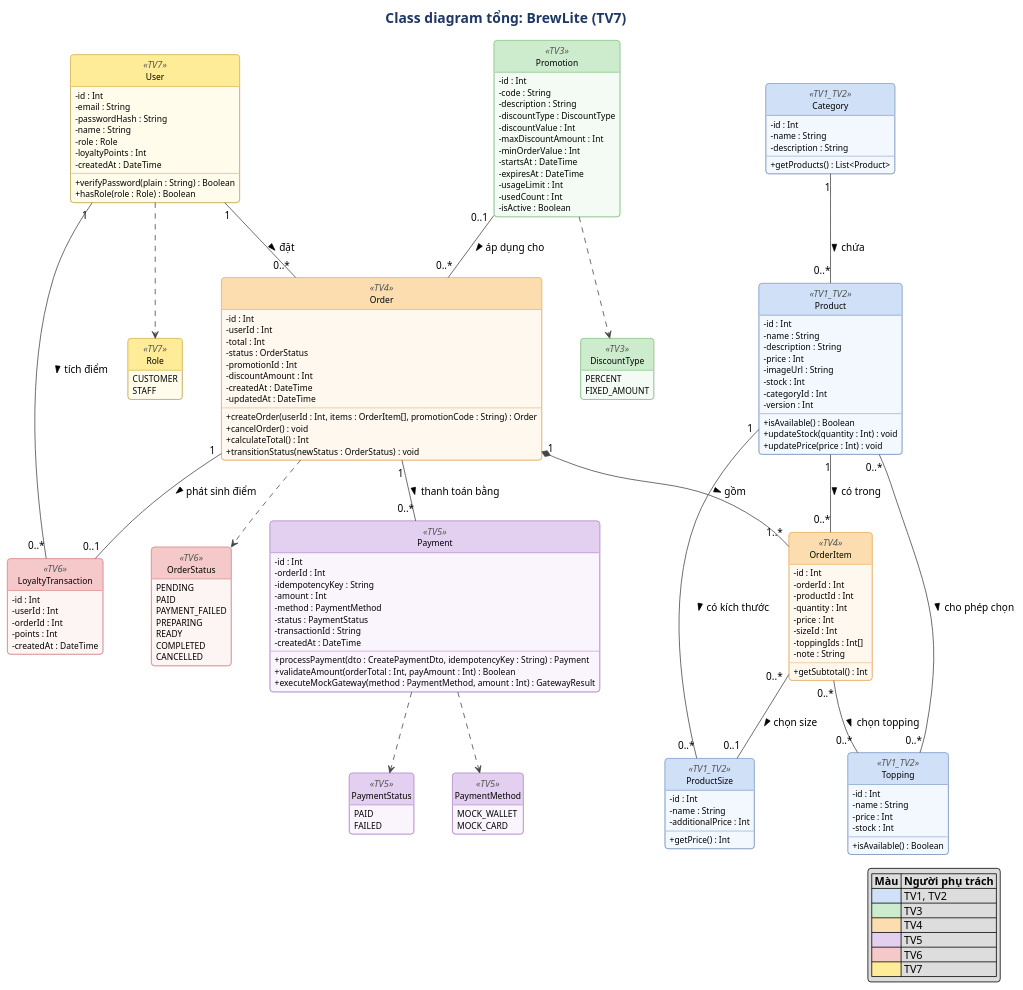
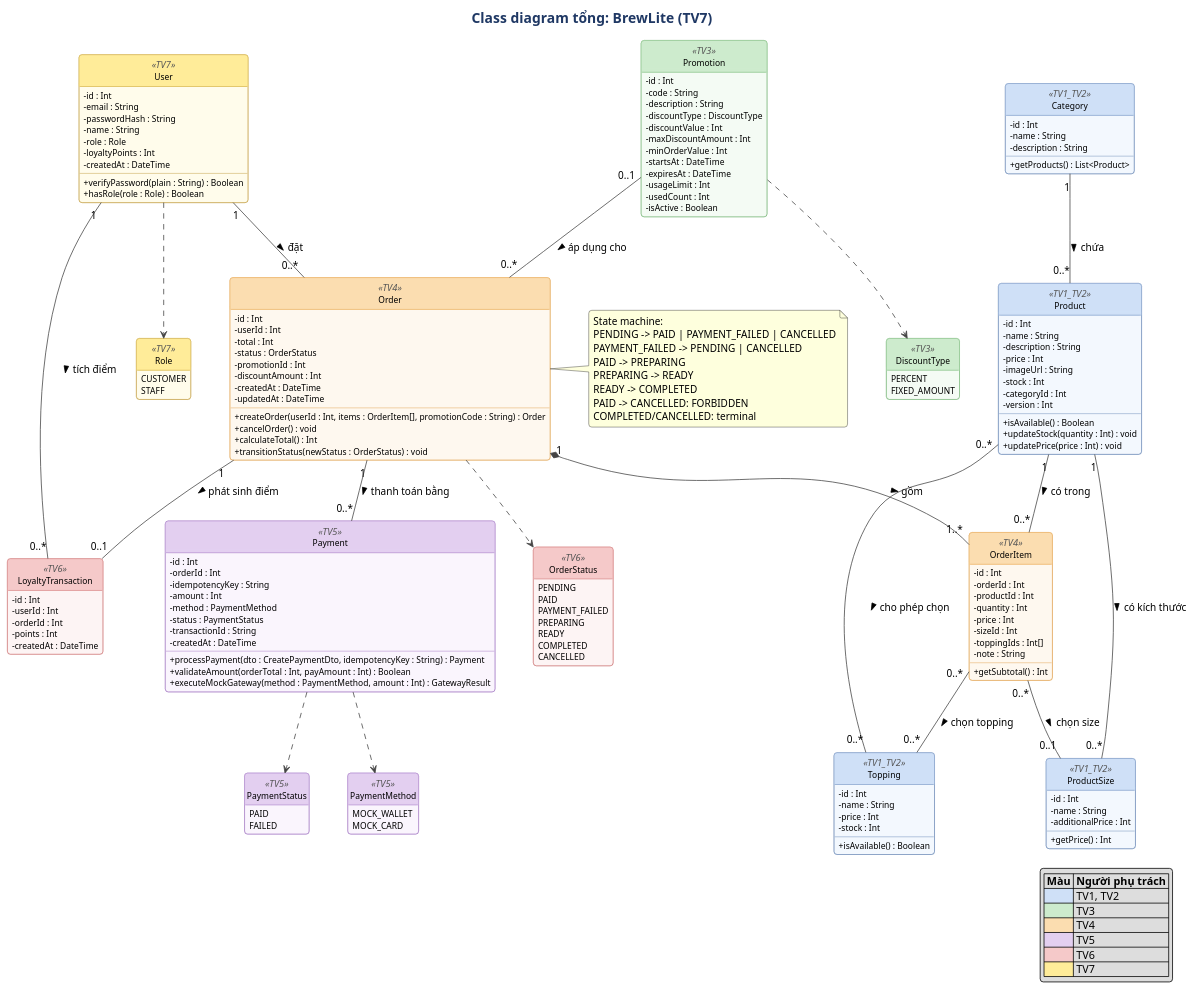
The diagram in docs/diagrams/class-diagram.puml (phuhoangcong333/brewlite-assignment2), drawn with PlantUML before and after one commit. The commit also changed 4 other files, not shown here.

Commit message:
docs(architecture): document deployment and system constraints

```diff
--- a/docs/diagrams/class-diagram.puml
+++ b/docs/diagrams/class-diagram.puml
@@ -146,6 +146,17 @@
   + transitionStatus(newStatus : OrderStatus) : void
 }
 
+note right of Order
+  State machine:
+  PENDING -> PAID | PAYMENT_FAILED | CANCELLED
+  PAYMENT_FAILED -> PENDING | CANCELLED
+  PAID -> PREPARING
+  PREPARING -> READY
+  READY -> COMPLETED
+  PAID -> CANCELLED: FORBIDDEN
+  COMPLETED/CANCELLED: terminal
+end note
+
 class OrderItem <<TV4>> {
   - id : Int
   - orderId : Int
```
